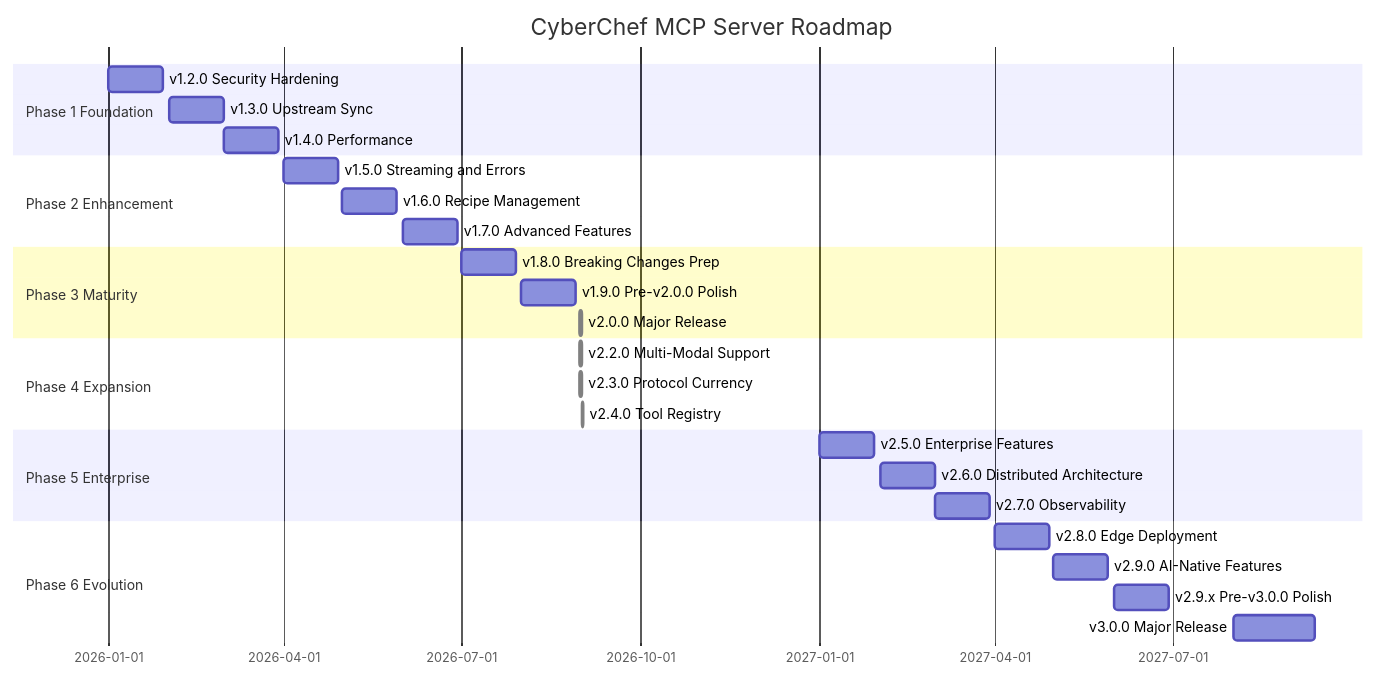
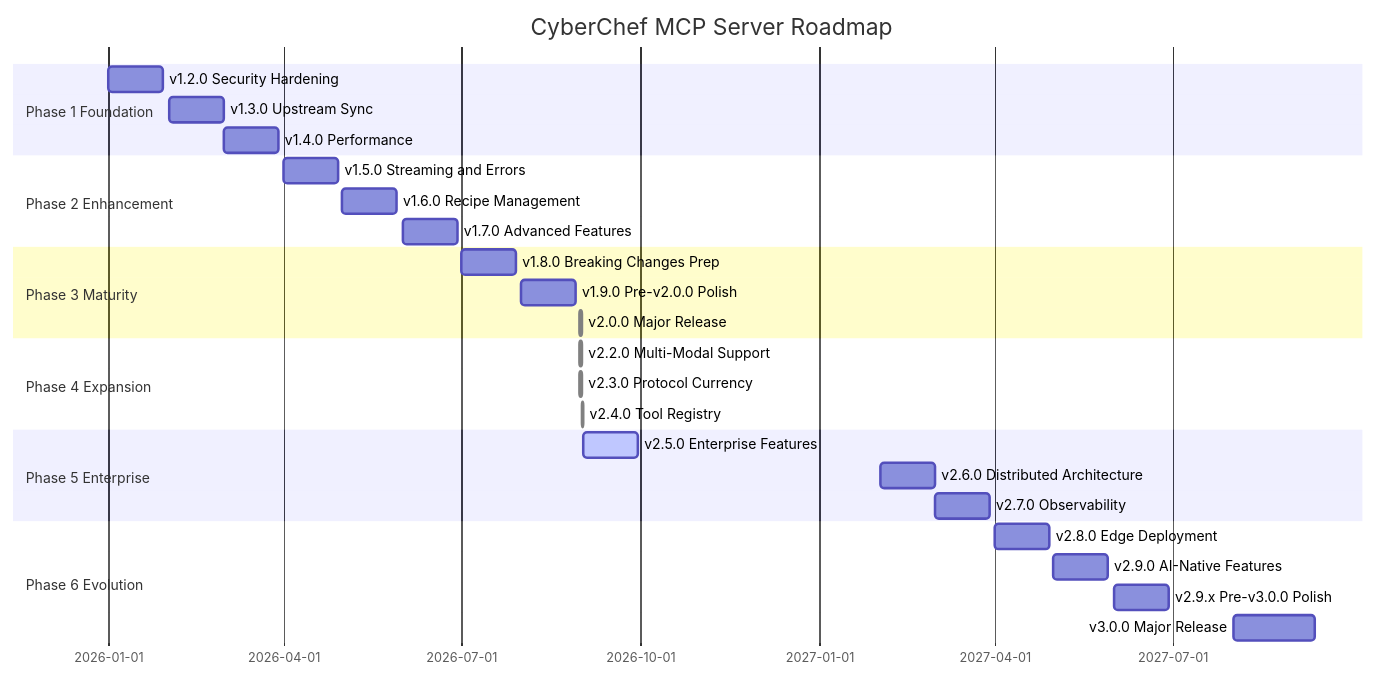
The diagram in docs/planning/ROADMAP.md (doublegate/CyberChef-MCP), drawn with Mermaid before and after one commit. The commit also changed other lines of this file and 5 other files, not shown here.

````diff
--- a/docs/planning/ROADMAP.md
+++ b/docs/planning/ROADMAP.md
@@ -46,30 +46,30 @@
 ```mermaid
 gantt
     title CyberChef MCP Server Roadmap
     dateFormat YYYY-MM-DD
     section Phase 1 Foundation
     v1.2.0 Security Hardening           :2026-01-01, 4w
     v1.3.0 Upstream Sync                :2026-02-01, 4w
     v1.4.0 Performance                  :2026-03-01, 4w
     section Phase 2 Enhancement
     v1.5.0 Streaming and Errors         :2026-04-01, 4w
     v1.6.0 Recipe Management            :2026-05-01, 4w
     v1.7.0 Advanced Features            :2026-06-01, 4w
     section Phase 3 Maturity
     v1.8.0 Breaking Changes Prep        :2026-07-01, 4w
     v1.9.0 Pre-v2.0.0 Polish            :2026-08-01, 4w
     v2.0.0 Major Release                :done, 2026-08-31, 1d
     section Phase 4 Expansion
     v2.2.0 Multi-Modal Support          :done, 2026-08-31, 1d
     v2.3.0 Protocol Currency            :done, 2026-08-31, 1d
     v2.4.0 Tool Registry                :done, 2026-09-01, 1d
     section Phase 5 Enterprise
-    v2.5.0 Enterprise Features          :2027-01-01, 4w
+    v2.5.0 Enterprise Features          :active, 2026-09-02, 4w
     v2.6.0 Distributed Architecture     :2027-02-01, 4w
     v2.7.0 Observability                :2027-03-01, 4w
     section Phase 6 Evolution
     v2.8.0 Edge Deployment              :2027-04-01, 4w
     v2.9.0 AI-Native Features           :2027-05-01, 4w
     v2.9.x Pre-v3.0.0 Polish            :2027-06-01, 4w
     v3.0.0 Major Release                :2027-08-01, 6w
 ```
````
